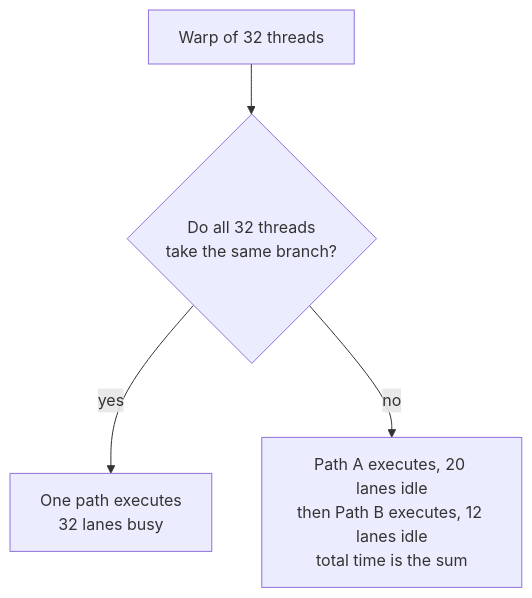
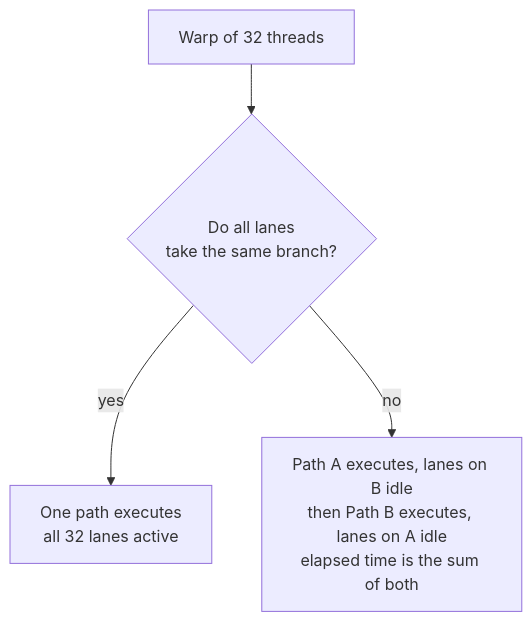
The first of 6 diagrams in systems_design/01-gpu-execution-model.md (arpanpathak/cracking-the-systems-programming-interview), drawn with Mermaid before and after one commit. The commit also changed other lines of this file and 6 other files, not shown here.

````diff
--- a/systems_design/01-gpu-execution-model.md
+++ b/systems_design/01-gpu-execution-model.md
@@ -30,6 +38,6 @@
 ```mermaid
 flowchart TB
-    W["Warp of 32 threads"] --> Q{"Do all 32 threads<br/>take the same branch?"}
-    Q -->|"yes"| S["One path executes<br/>32 lanes busy"]
-    Q -->|"no"| D["Path A executes, 20 lanes idle<br/>then Path B executes, 12 lanes idle<br/>total time is the sum"]
+    W["Warp of 32 threads"] --> Q{"Do all lanes<br/>take the same branch?"}
+    Q -->|"yes"| S["One path executes<br/>all 32 lanes active"]
+    Q -->|"no"| D["Path A executes, lanes on B idle<br/>then Path B executes, lanes on A idle<br/>elapsed time is the sum of both"]
 ```
````
